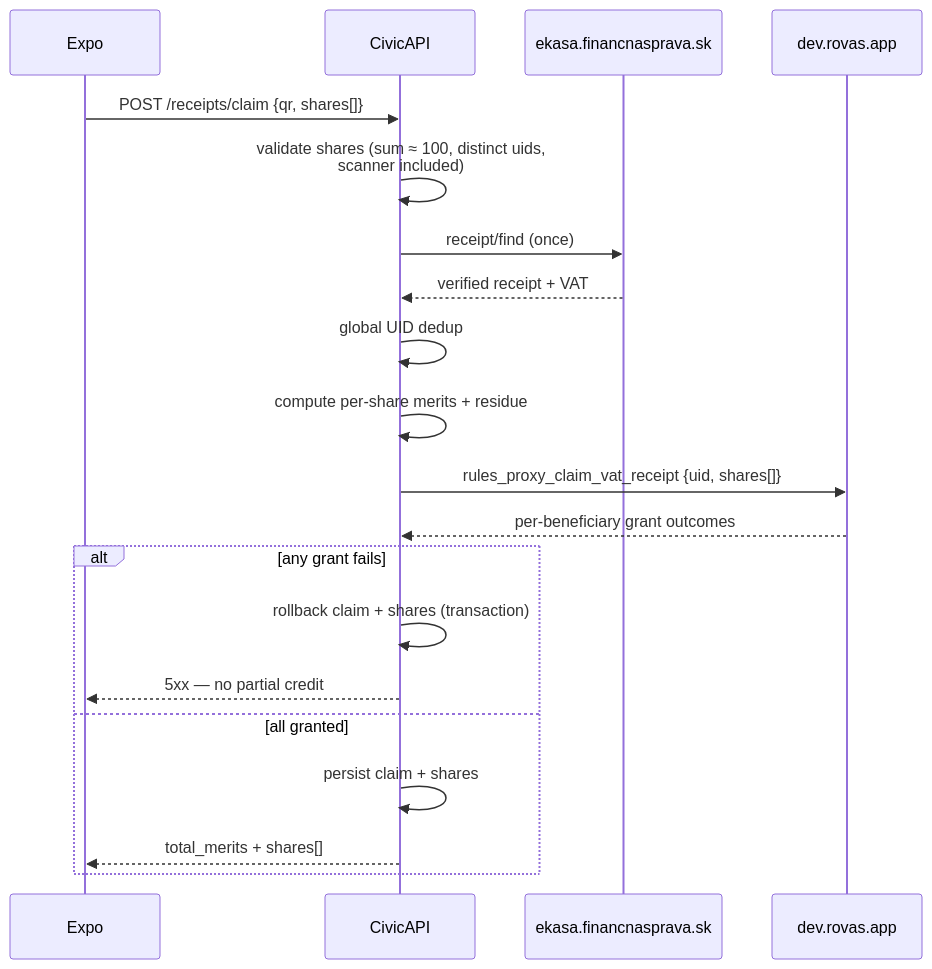
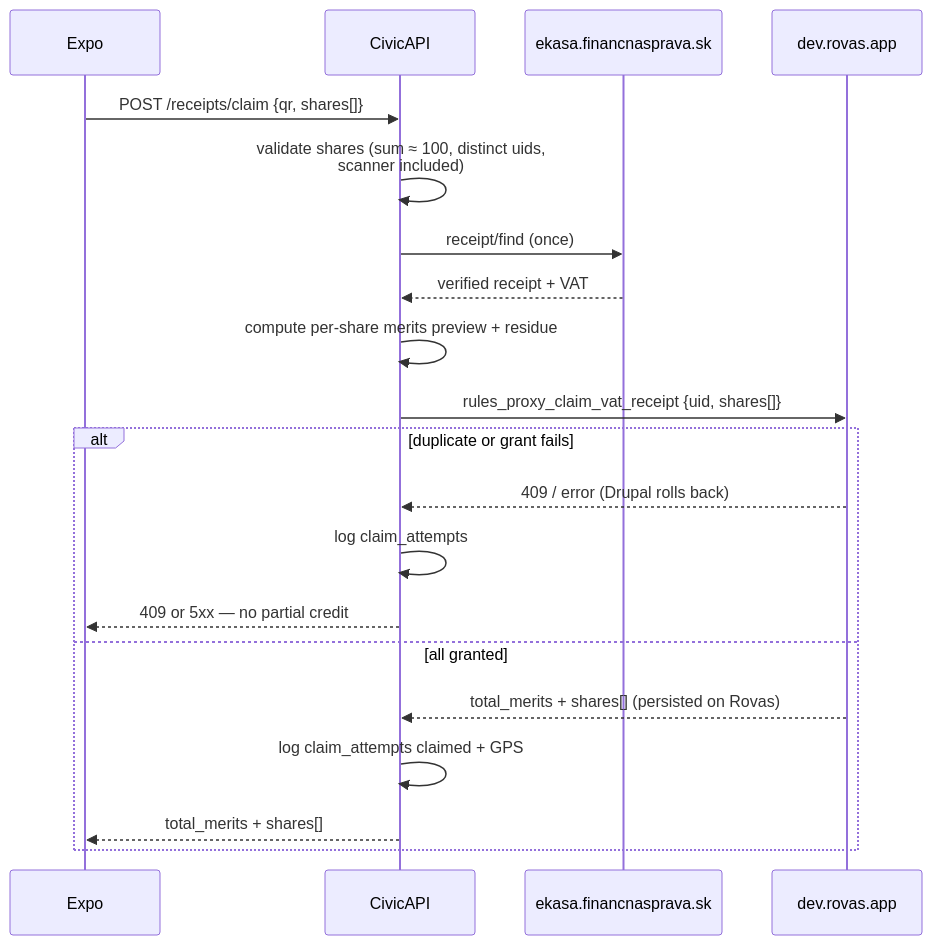
Before and after one commit to alexanderzatko/civic: the fifth of 7 diagrams in docs/plan.md, drawn with Mermaid. The commit also changed other lines of this file and 21 other files, not shown here.

````diff
--- a/docs/plan.md
+++ b/docs/plan.md
@@ -434,23 +432,23 @@
 ```mermaid
 sequenceDiagram
     participant App as Expo
     participant API as CivicAPI
     participant FS as ekasa.financnasprava.sk
     participant Rovas as dev.rovas.app
 
     App->>API: POST /receipts/claim {qr, shares[]}
     API->>API: validate shares (sum ≈ 100, distinct uids,<br/>scanner included)
     API->>FS: receipt/find (once)
     FS-->>API: verified receipt + VAT
-    API->>API: global UID dedup
-    API->>API: compute per-share merits + residue
+    API->>API: compute per-share merits preview + residue
     API->>Rovas: rules_proxy_claim_vat_receipt {uid, shares[]}
-    Rovas-->>API: per-beneficiary grant outcomes
-    alt any grant fails
-        API->>API: rollback claim + shares (transaction)
-        API-->>App: 5xx — no partial credit
+    alt duplicate or grant fails
+        Rovas-->>API: 409 / error (Drupal rolls back)
+        API->>API: log claim_attempts
+        API-->>App: 409 or 5xx — no partial credit
     else all granted
-        API->>API: persist claim + shares
+        Rovas-->>API: total_merits + shares[] (persisted on Rovas)
+        API->>API: log claim_attempts claimed + GPS
         API-->>App: total_merits + shares[]
     end
 ```
````
